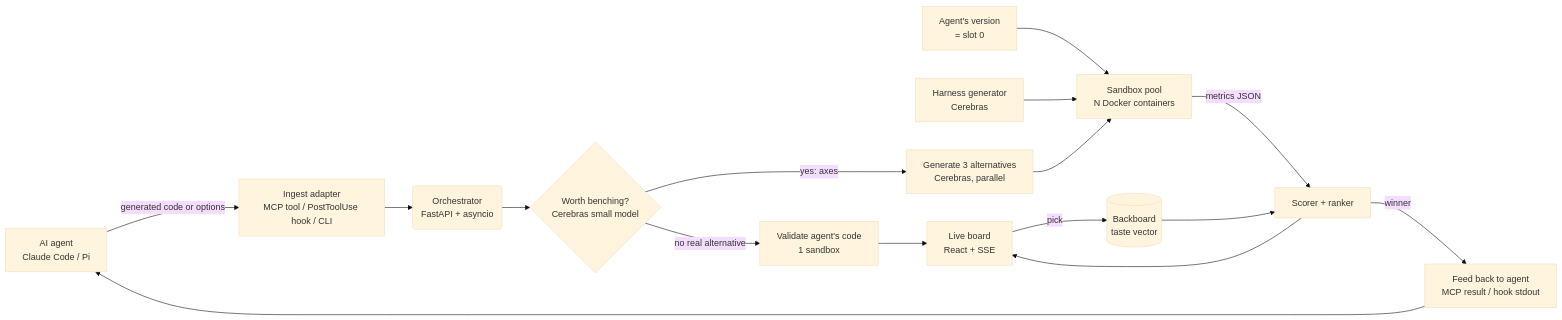
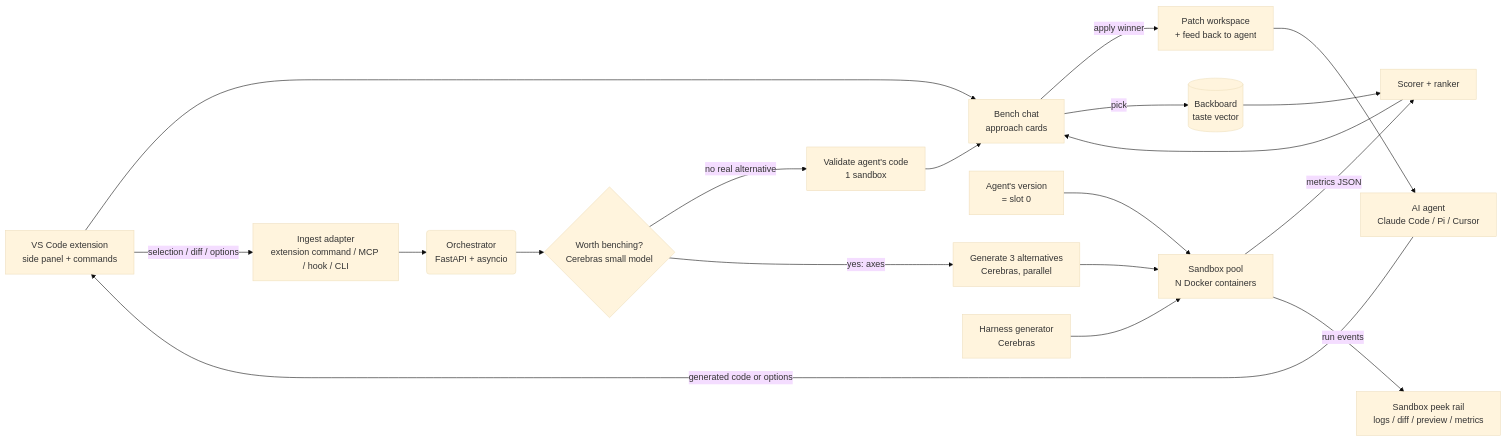
One commit to subodh-thallada/ricky changed the diagram in bench-product-spec.md. Above: the diagram before and after it, drawn with Mermaid (base theme). The commit also changed other lines of this file, not shown here.

````diff
--- a/bench-product-spec.md
+++ b/bench-product-spec.md
@@ -101,18 +106,24 @@
 ```mermaid
 flowchart LR
-    AG[AI agent<br/>Claude Code / Pi]
-    AG -->|generated code or options| ING[Ingest adapter<br/>MCP tool / PostToolUse hook / CLI]
+    VS[VS Code extension<br/>side panel + commands]
+    CHAT[Bench chat<br/>approach cards]
+    PEEK[Sandbox peek rail<br/>logs / diff / preview / metrics]
+    AG[AI agent<br/>Claude Code / Pi / Cursor]
+    AG -->|generated code or options| VS
+    VS --> CHAT
+    VS -->|selection / diff / options| ING[Ingest adapter<br/>extension command / MCP / hook / CLI]
     ING --> B(Orchestrator<br/>FastAPI + asyncio)
     SEED[Agent's version<br/>= slot 0] --> D
     B --> G{Worth benching?<br/>Cerebras small model}
-    G -->|no real alternative| OK[Validate agent's code<br/>1 sandbox] --> UI
+    G -->|no real alternative| OK[Validate agent's code<br/>1 sandbox] --> CHAT
     G -->|yes: axes| C[Generate 3 alternatives<br/>Cerebras, parallel]
     H[Harness generator<br/>Cerebras] --> D
     C --> D[Sandbox pool<br/>N Docker containers]
     D -->|metrics JSON| R[Scorer + ranker]
+    D -->|run events| PEEK
     T[(Backboard<br/>taste vector)] --> R
-    R --> UI[Live board<br/>React + SSE]
-    R -->|winner| FB[Feed back to agent<br/>MCP result / hook stdout]
+    R --> CHAT
+    CHAT -->|apply winner| FB[Patch workspace<br/>+ feed back to agent]
     FB --> AG
-    UI -->|pick| T
+    CHAT -->|pick| T
 ```
````
